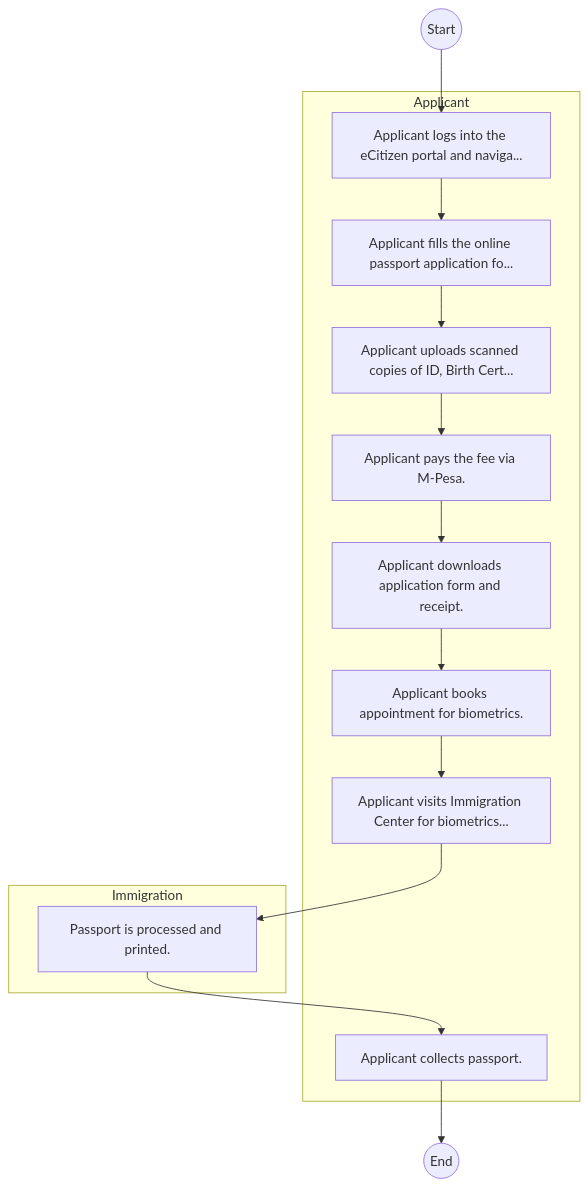
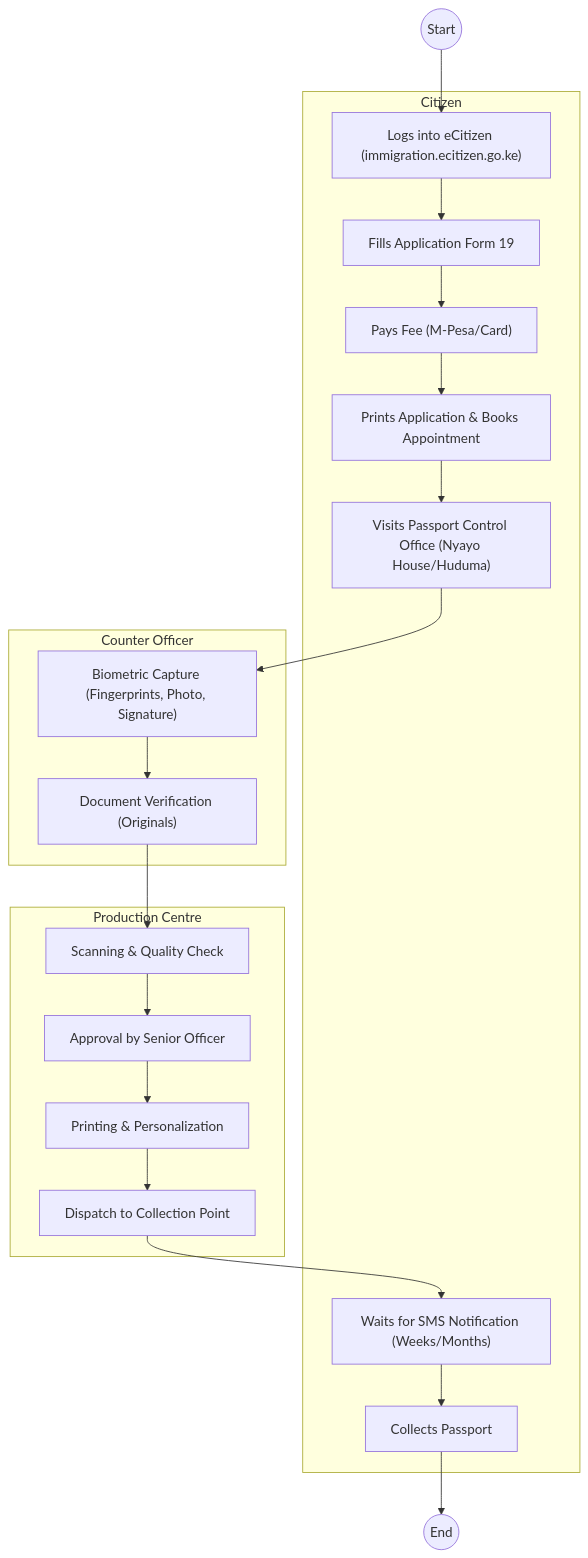
One commit to BITZ-IT-Consulting-LTD/ictapoc changed the first of 2 diagrams in mdas/docs_final/STATE_DEPARTMENT_FOR_IMMIGRATION_AND_CITIZEN_SERVICES___Passport_Application.md. Above: the diagram before and after it, drawn with Mermaid. The commit also changed other lines of this file and 60 other files, not shown here.

````diff
--- a/mdas/docs_final/STATE_DEPARTMENT_FOR_IMMIGRATION_AND_CITIZEN_SERVICES___Passport_Application.md
+++ b/mdas/docs_final/STATE_DEPARTMENT_FOR_IMMIGRATION_AND_CITIZEN_SERVICES___Passport_Application.md
@@ -20,26 +20,37 @@
 ```mermaid
 graph TD
     Start((Start)) --> S1
-    subgraph Applicant [Applicant]
-        S1["Applicant logs into the eCitizen portal and naviga..."]
-        S2["Applicant fills the online passport application fo..."]
-        S3["Applicant uploads scanned copies of ID, Birth Cert..."]
-        S4["Applicant pays the fee via M-Pesa."]
-        S5["Applicant downloads application form and receipt."]
-        S6["Applicant books appointment for biometrics."]
-        S7["Applicant visits Immigration Center for biometrics..."]
-        S9["Applicant collects passport."]
+    subgraph Applicant [Citizen]
+        S1["Logs into eCitizen (immigration.ecitizen.go.ke)"]
+        S2["Fills Application Form 19"]
+        S3["Pays Fee (M-Pesa/Card)"]
+        S4["Prints Application & Books Appointment"]
+        S5["Visits Passport Control Office (Nyayo House/Huduma)"]
+        S8["Waits for SMS Notification (Weeks/Months)"]
+        S9["Collects Passport"]
     end
-    subgraph Immigration [Immigration]
-        S8["Passport is processed and printed."]
+    subgraph ImmigrationOfficer [Counter Officer]
+        S6["Biometric Capture (Fingerprints, Photo, Signature)"]
+        S7["Document Verification (Originals)"]
     end
+    subgraph BackOffice [Production Centre]
+        S7a["Scanning & Quality Check"]
+        S7b["Approval by Senior Officer"]
+        S7c["Printing & Personalization"]
+        S7d["Dispatch to Collection Point"]
+    end
+    
     S1 --> S2
     S2 --> S3
     S3 --> S4
     S4 --> S5
     S5 --> S6
     S6 --> S7
-    S7 --> S8
+    S7 --> S7a
+    S7a --> S7b
+    S7b --> S7c
+    S7c --> S7d
+    S7d --> S8
     S8 --> S9
     S9 --> End((End))
 ```
````
